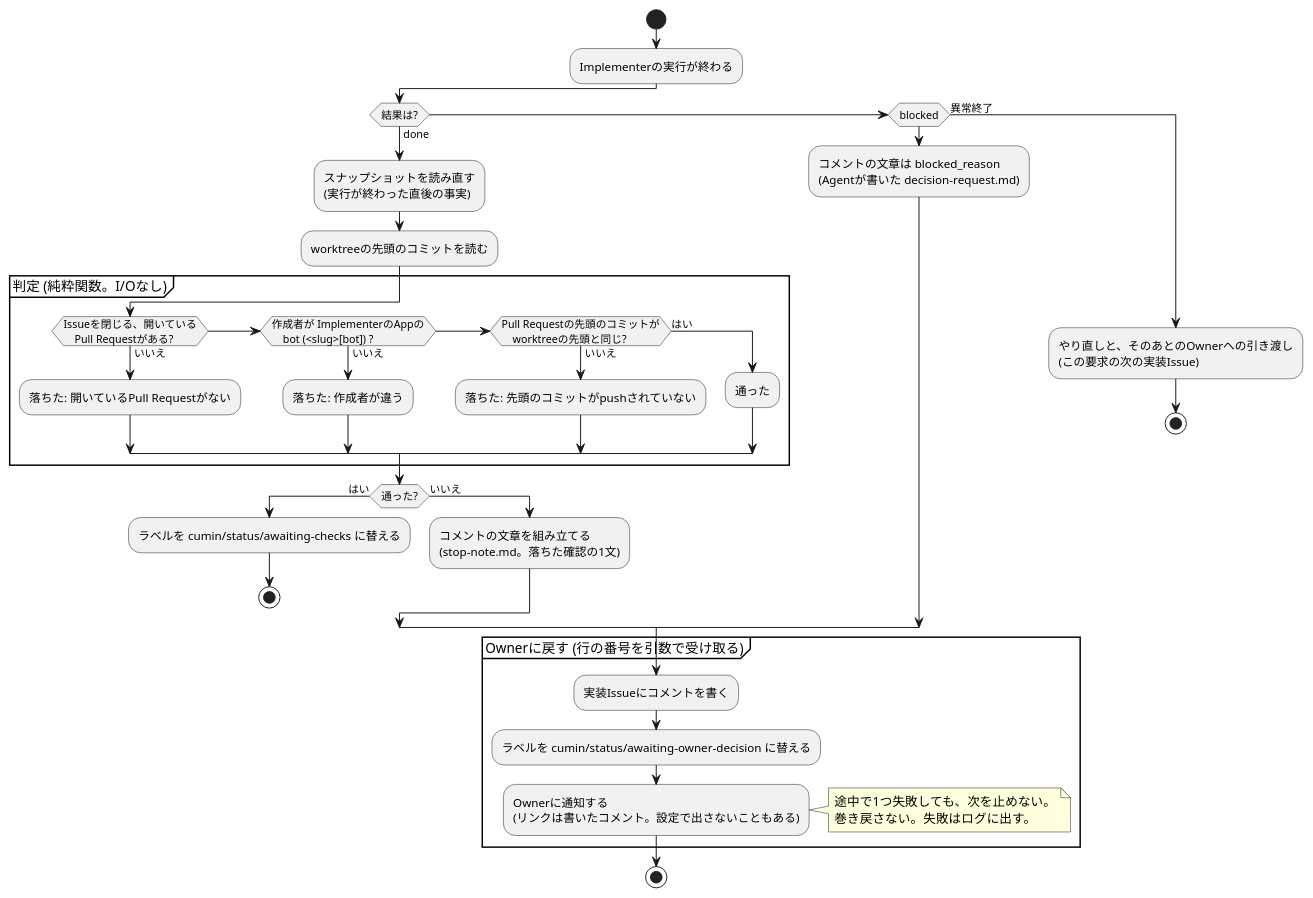
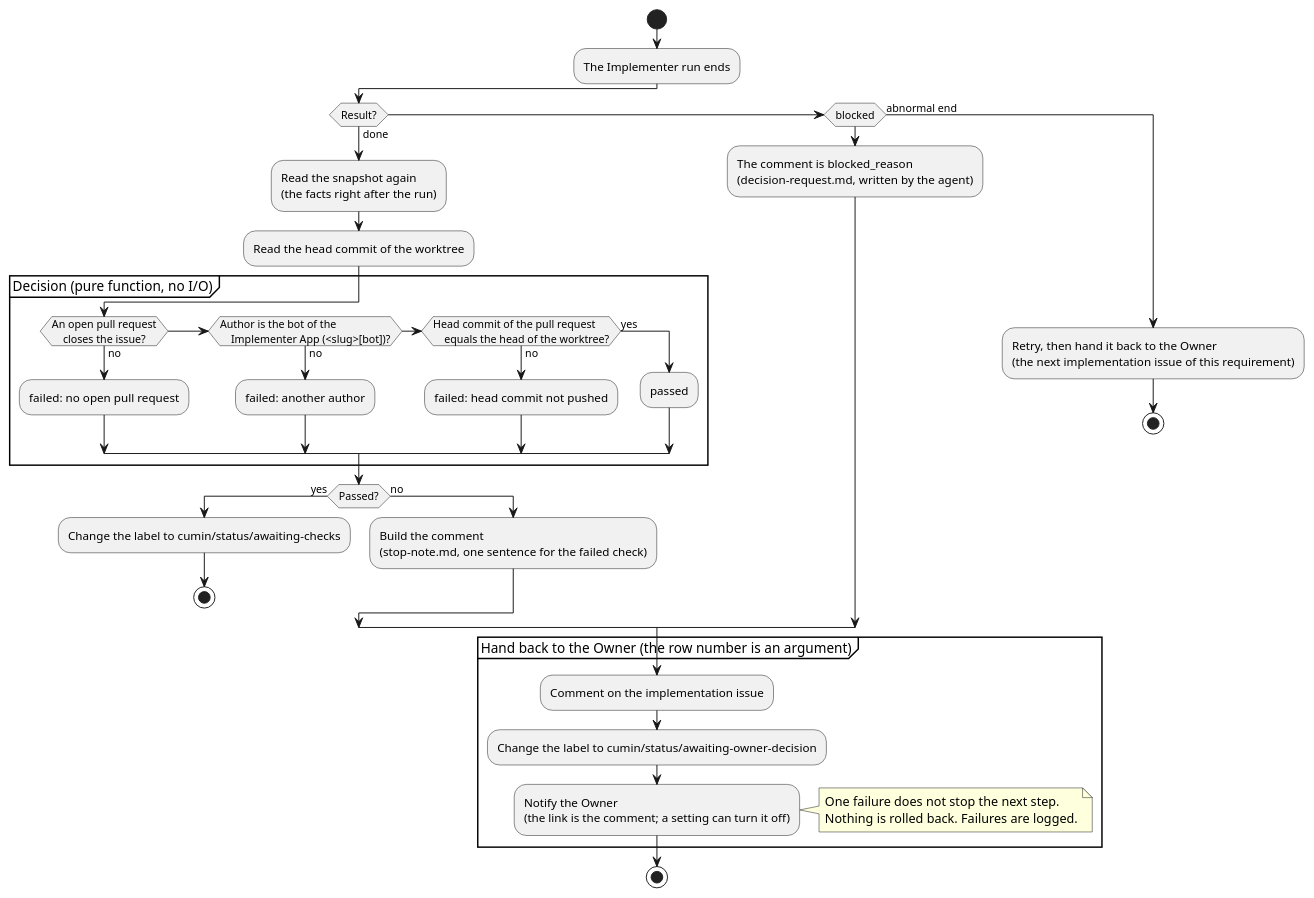
One commit to cloveclovedev/cumin-works changed the diagram in docs/ja/designs/poll-verify.puml. Above: the diagram before and after it, drawn with PlantUML. The commit also changed 19 other files, not shown here.

First line of the commit message:
docs(diagrams): write the labels of every diagram in English and give each row its own arrow (#216)

```diff
--- a/docs/ja/designs/poll-verify.puml
+++ b/docs/ja/designs/poll-verify.puml
@@ -1,55 +1,55 @@
 @startuml poll-verify
-' cumin works - 実行終了の判定 (I2)。Implementerの実行が終わったあとの確認と、うまくいかなかったときの道。
-' 対応する文書: poll.md の「実行終了の判定」と「うまくいかなかったときに、Ownerに戻す道」。
-' SVGの書き出し: リポジトリの直下で scripts/render-diagrams.sh を実行する。
+' cumin works - the end of a run (I2): the checks after an Implementer run, and the way back to the Owner.
+' Document: poll.md, sections on the end of a run and the way back to the Owner.
+' Render: run scripts/render-diagrams.sh at the root of the repository.
 skinparam shadowing false
 skinparam defaultFontName sans-serif
 
 start
-:Implementerの実行が終わる;
-if (結果は?) then (done)
-  :スナップショットを読み直す
-  (実行が終わった直後の事実);
-  :worktreeの先頭のコミットを読む;
-  partition "判定 (純粋関数。I/Oなし)" {
-    if (Issueを閉じる、開いている
-    Pull Requestがある?) then (いいえ)
-      :落ちた: 開いているPull Requestがない;
-    elseif (作成者が ImplementerのAppの
-    bot (<slug>[bot]) ?) then (いいえ)
-      :落ちた: 作成者が違う;
-    elseif (Pull Requestの先頭のコミットが
-    worktreeの先頭と同じ?) then (いいえ)
-      :落ちた: 先頭のコミットがpushされていない;
-    else (はい)
-      :通った;
+:The Implementer run ends;
+if (Result?) then (done)
+  :Read the snapshot again
+  (the facts right after the run);
+  :Read the head commit of the worktree;
+  partition "Decision (pure function, no I/O)" {
+    if (An open pull request
+    closes the issue?) then (no)
+      :failed: no open pull request;
+    elseif (Author is the bot of the
+    Implementer App (<slug>[bot])?) then (no)
+      :failed: another author;
+    elseif (Head commit of the pull request
+    equals the head of the worktree?) then (no)
+      :failed: head commit not pushed;
+    else (yes)
+      :passed;
     endif
   }
-  if (通った?) then (はい)
-    :ラベルを cumin/status/awaiting-checks に替える;
+  if (Passed?) then (yes)
+    :Change the label to cumin/status/awaiting-checks;
     stop
-  else (いいえ)
-    :コメントの文章を組み立てる
-    (stop-note.md。落ちた確認の1文);
+  else (no)
+    :Build the comment
+    (stop-note.md, one sentence for the failed check);
   endif
 elseif (blocked) then
-  :コメントの文章は blocked_reason
-  (Agentが書いた decision-request.md);
-else (異常終了)
-  :やり直しと、そのあとのOwnerへの引き渡し
-  (この要求の次の実装Issue);
+  :The comment is blocked_reason
+  (decision-request.md, written by the agent);
+else (abnormal end)
+  :Retry, then hand it back to the Owner
+  (the next implementation issue of this requirement);
   stop
 endif
 
-partition "Ownerに戻す (行の番号を引数で受け取る)" {
-  :実装Issueにコメントを書く;
-  :ラベルを cumin/status/awaiting-owner-decision に替える;
-  :Ownerに通知する
-  (リンクは書いたコメント。設定で出さないこともある);
+partition "Hand back to the Owner (the row number is an argument)" {
+  :Comment on the implementation issue;
+  :Change the label to cumin/status/awaiting-owner-decision;
+  :Notify the Owner
+  (the link is the comment; a setting can turn it off);
 }
 note right
-  途中で1つ失敗しても、次を止めない。
-  巻き戻さない。失敗はログに出す。
+  One failure does not stop the next step.
+  Nothing is rolled back. Failures are logged.
 end note
 stop
 @enduml
```
